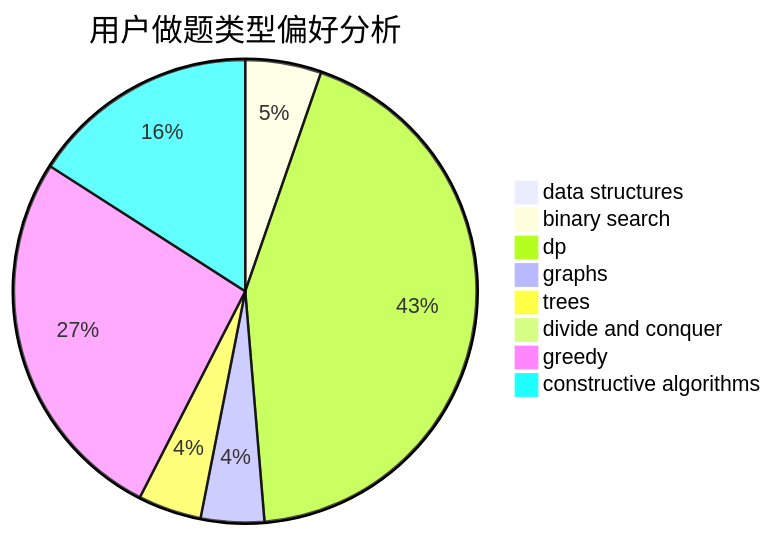
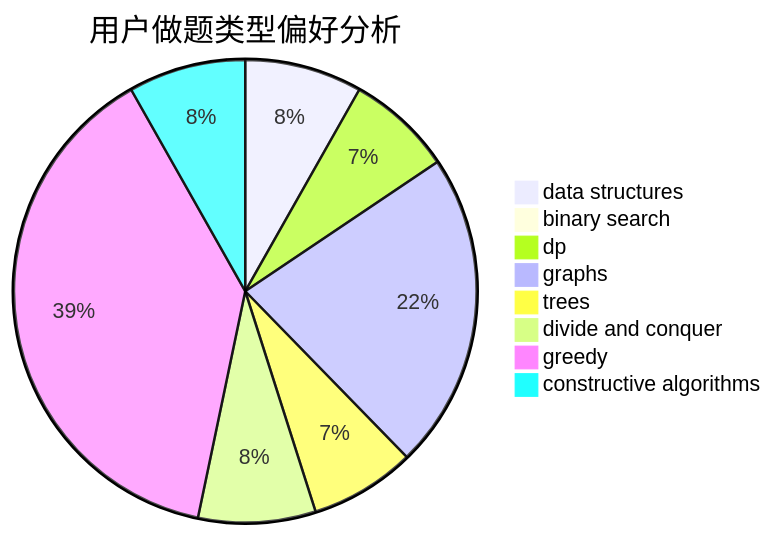
One commit to sherpahu/cfrs.github.io changed the second of 3 diagrams in docs/user/u2629.md. Above: the diagram before and after it, drawn with Mermaid. The commit also changed other lines of this file and 2770 other files, not shown here.

````diff
--- a/docs/user/u2629.md
+++ b/docs/user/u2629.md
@@ -23,11 +23,11 @@
 ```mermaid
 pie title 用户做题类型偏好分析
-    "data structures" :  0
-    "binary search" :  6
-    "dp" :  49
-    "graphs" :  5
-    "trees" :  5
-    "divide and conquer" :  0
-    "greedy" :  30
-    "constructive algorithms" :  18
+    "data structures" :  10
+    "binary search" :  0
+    "dp" :  9
+    "graphs" :  27
+    "trees" :  9
+    "divide and conquer" :  10
+    "greedy" :  47
+    "constructive algorithms" :  10
 ```
````
